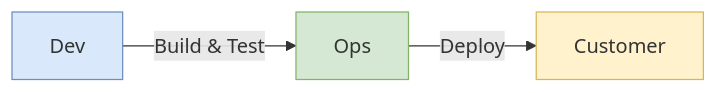
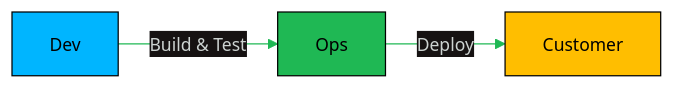
One commit to oat431/swe-knowledge changed the first of 3 diagrams in software-engineering-note/06_Software_Engineering_Operations/01_The_Three_Ways.md. Above: the diagram before and after it, drawn with Mermaid. The commit also changed other lines of this file and 31 other files, not shown here.

````diff
--- a/software-engineering-note/06_Software_Engineering_Operations/01_The_Three_Ways.md
+++ b/software-engineering-note/06_Software_Engineering_Operations/01_The_Three_Ways.md
@@ -139,8 +139,9 @@
 ```mermaid
+%%{init: {'theme':'base','themeVariables':{'primaryColor':'#19362D','primaryTextColor':'#CDD3D1','primaryBorderColor':'#1FB854','lineColor':'#1FB854','secondaryColor':'#161212','tertiaryColor':'#1B1717','background':'#1B1717','mainBkg':'#19362D','nodeBorder':'#1FB854','clusterBkg':'#161212','clusterBorder':'#19362D','titleColor':'#1FB854','edgeLabelBackground':'#161212','fontSize':'14px'}}}%%
 flowchart LR
     DEV["Dev"] -->|"Build & Test"| OPS["Ops"] -->|"Deploy"| CUST["Customer"]
     
-    style DEV fill:#dae8fc,stroke:#6c8ebf
-    style OPS fill:#d5e8d4,stroke:#82b366
-    style CUST fill:#fff2cc,stroke:#d6b656
+    style DEV fill:#00B5FF,stroke:#000000,color:#000000
+    style OPS fill:#1FB854,stroke:#000000,color:#000000
+    style CUST fill:#FFBE00,stroke:#000000,color:#000000
 ```
````
